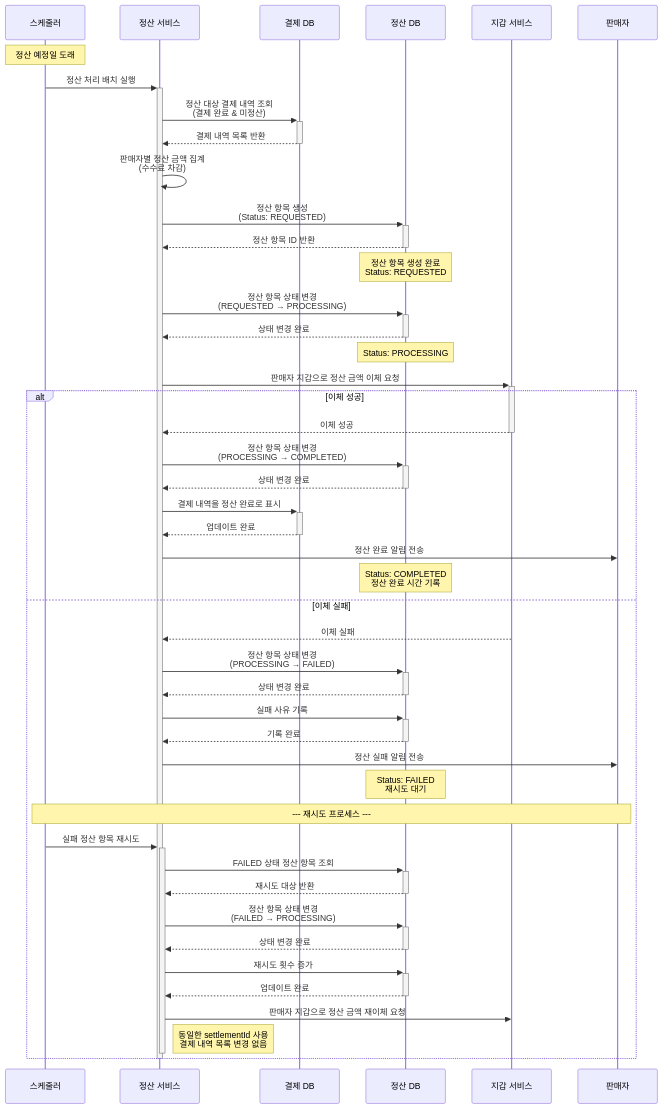
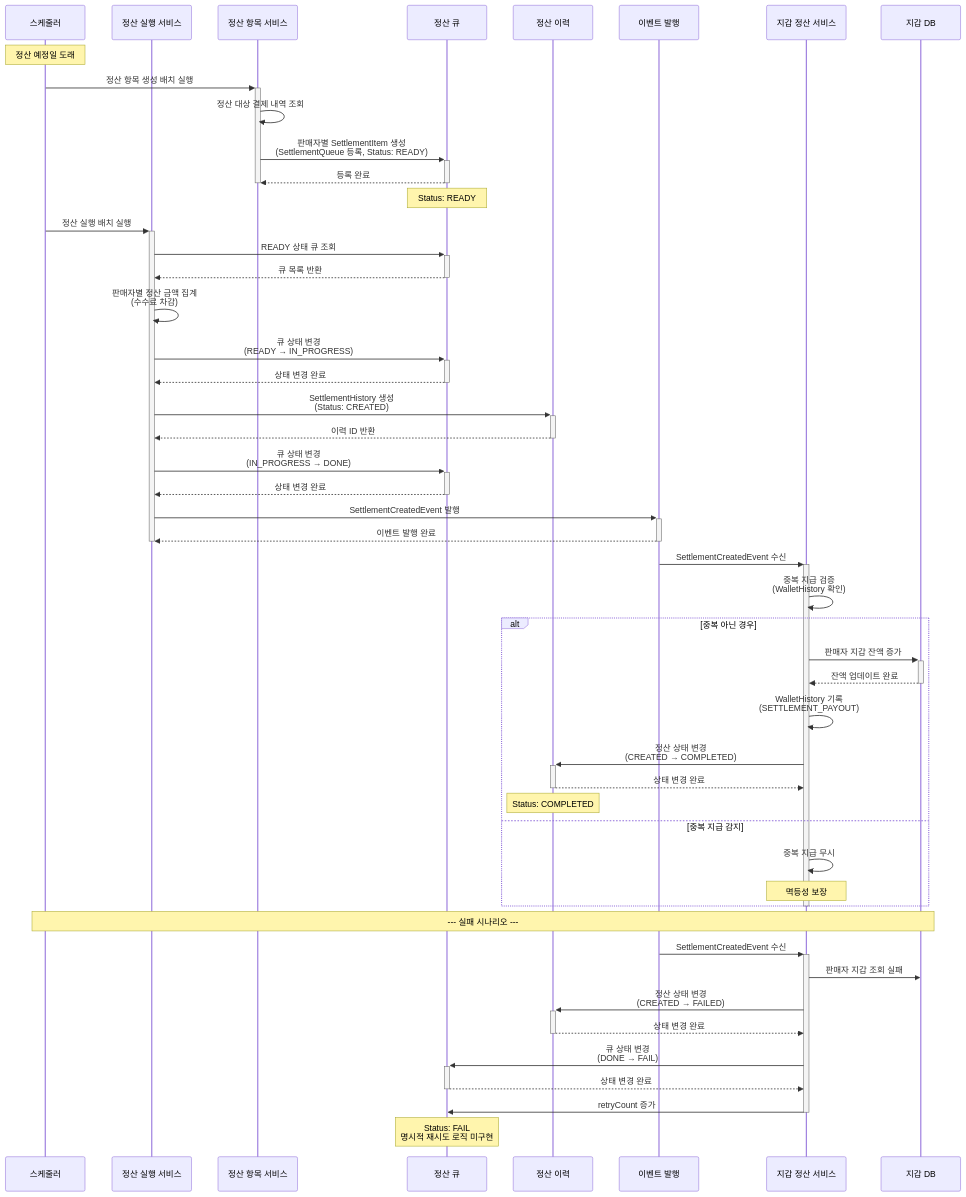
One commit to prgrms-be-adv-devcourse/beadv4_4_Team201_BE changed the diagram in docs/sequences/4.10-settlement.md. Above: the diagram before and after it, drawn with Mermaid. The commit also changed other lines of this file and 48 other files, not shown here.

````diff
--- a/docs/sequences/4.10-settlement.md
+++ b/docs/sequences/4.10-settlement.md
@@ -5,78 +5,84 @@
 ```mermaid
 sequenceDiagram
     participant Scheduler as 스케줄러
-    participant SettlementService as 정산 서비스
-    participant PaymentDB as 결제 DB
-    participant SettlementDB as 정산 DB
-    participant WalletService as 지갑 서비스
-    participant Seller as 판매자
+    participant ExecutionService as 정산 실행 서비스
+    participant ItemService as 정산 항목 서비스
+    participant SettlementQueue as 정산 큐
+    participant SettlementHistory as 정산 이력
+    participant EventPublisher as 이벤트 발행
+    participant WalletSettlementService as 지갑 정산 서비스
+    participant WalletDB as 지갑 DB
 
     Note over Scheduler: 정산 예정일 도래
 
-    %% 정산 대상 생성 (REQUESTED)
-    Scheduler->>+SettlementService: 정산 처리 배치 실행
-    SettlementService->>+PaymentDB: 정산 대상 결제 내역 조회<br/>(결제 완료 & 미정산)
-    PaymentDB-->>-SettlementService: 결제 내역 목록 반환
+    %% SettlementItem 생성
+    Scheduler->>+ItemService: 정산 항목 생성 배치 실행
+    ItemService->>ItemService: 정산 대상 결제 내역 조회
+    ItemService->>+SettlementQueue: 판매자별 SettlementItem 생성<br/>(SettlementQueue 등록, Status: READY)
+    SettlementQueue-->>-ItemService: 등록 완료
+    deactivate ItemService
 
-    SettlementService->>SettlementService: 판매자별 정산 금액 집계<br/>(수수료 차감)
+    Note over SettlementQueue: Status: READY
 
-    SettlementService->>+SettlementDB: 정산 항목 생성<br/>(Status: REQUESTED)
-    SettlementDB-->>-SettlementService: 정산 항목 ID 반환
+    %% 정산 실행 (큐 → 이력 생성)
+    Scheduler->>+ExecutionService: 정산 실행 배치 실행
+    ExecutionService->>+SettlementQueue: READY 상태 큐 조회
+    SettlementQueue-->>-ExecutionService: 큐 목록 반환
 
-    Note over SettlementDB: 정산 항목 생성 완료<br/>Status: REQUESTED
+    ExecutionService->>ExecutionService: 판매자별 정산 금액 집계<br/>(수수료 차감)
 
-    %% 정산 지급 처리 시작 (PROCESSING)
-    SettlementService->>+SettlementDB: 정산 항목 상태 변경<br/>(REQUESTED → PROCESSING)
-    SettlementDB-->>-SettlementService: 상태 변경 완료
+    ExecutionService->>+SettlementQueue: 큐 상태 변경<br/>(READY → IN_PROGRESS)
+    SettlementQueue-->>-ExecutionService: 상태 변경 완료
 
-    Note over SettlementDB: Status: PROCESSING
+    ExecutionService->>+SettlementHistory: SettlementHistory 생성<br/>(Status: CREATED)
+    SettlementHistory-->>-ExecutionService: 이력 ID 반환
 
-    SettlementService->>+WalletService: 판매자 지갑으로 정산 금액 이체 요청
+    ExecutionService->>+SettlementQueue: 큐 상태 변경<br/>(IN_PROGRESS → DONE)
+    SettlementQueue-->>-ExecutionService: 상태 변경 완료
 
-    alt 이체 성공
-        WalletService-->>SettlementService: 이체 성공
-        deactivate WalletService
+    ExecutionService->>+EventPublisher: SettlementCreatedEvent 발행
+    EventPublisher-->>-ExecutionService: 이벤트 발행 완료
 
-        SettlementService->>+SettlementDB: 정산 항목 상태 변경<br/>(PROCESSING → COMPLETED)
-        SettlementDB-->>-SettlementService: 상태 변경 완료
+    deactivate ExecutionService
 
-        SettlementService->>+PaymentDB: 결제 내역을 정산 완료로 표시
-        PaymentDB-->>-SettlementService: 업데이트 완료
+    %% 지갑 지급 처리
+    EventPublisher->>+WalletSettlementService: SettlementCreatedEvent 수신
 
-        SettlementService->>Seller: 정산 완료 알림 전송
+    WalletSettlementService->>WalletSettlementService: 중복 지급 검증<br/>(WalletHistory 확인)
 
-        Note over SettlementDB: Status: COMPLETED<br/>정산 완료 시간 기록
+    alt 중복 아닌 경우
+        WalletSettlementService->>+WalletDB: 판매자 지갑 잔액 증가
+        WalletDB-->>-WalletSettlementService: 잔액 업데이트 완료
 
-    else 이체 실패
-        WalletService-->>SettlementService: 이체 실패
+        WalletSettlementService->>WalletSettlementService: WalletHistory 기록<br/>(SETTLEMENT_PAYOUT)
 
-        SettlementService->>+SettlementDB: 정산 항목 상태 변경<br/>(PROCESSING → FAILED)
-        SettlementDB-->>-SettlementService: 상태 변경 완료
+        WalletSettlementService->>+SettlementHistory: 정산 상태 변경<br/>(CREATED → COMPLETED)
+        SettlementHistory-->>-WalletSettlementService: 상태 변경 완료
 
-        SettlementService->>+SettlementDB: 실패 사유 기록
-        SettlementDB-->>-SettlementService: 기록 완료
+        Note over SettlementHistory: Status: COMPLETED
 
-        SettlementService->>Seller: 정산 실패 알림 전송
-
-        Note over SettlementDB: Status: FAILED<br/>재시도 대기
-
-        %% 재시도 프로세스
-        Note over Scheduler,Seller: --- 재시도 프로세스 ---
-
-        Scheduler->>+SettlementService: 실패 정산 항목 재시도
-        SettlementService->>+SettlementDB: FAILED 상태 정산 항목 조회
-        SettlementDB-->>-SettlementService: 재시도 대상 반환
-
-        SettlementService->>+SettlementDB: 정산 항목 상태 변경<br/>(FAILED → PROCESSING)
-        SettlementDB-->>-SettlementService: 상태 변경 완료
-
-        SettlementService->>+SettlementDB: 재시도 횟수 증가
-        SettlementDB-->>-SettlementService: 업데이트 완료
-
-        SettlementService->>WalletService: 판매자 지갑으로 정산 금액 재이체 요청
-        Note right of SettlementService: 동일한 settlementId 사용<br/>결제 내역 목록 변경 없음
-        deactivate SettlementService
+    else 중복 지급 감지
+        WalletSettlementService->>WalletSettlementService: 중복 지급 무시
+        Note over WalletSettlementService: 멱등성 보장
     end
 
-    deactivate SettlementService
+    deactivate WalletSettlementService
+
+    %% 실패 시나리오
+    Note over Scheduler,WalletDB: --- 실패 시나리오 ---
+
+    EventPublisher->>+WalletSettlementService: SettlementCreatedEvent 수신
+    WalletSettlementService->>WalletDB: 판매자 지갑 조회 실패
+
+    WalletSettlementService->>+SettlementHistory: 정산 상태 변경<br/>(CREATED → FAILED)
+    SettlementHistory-->>-WalletSettlementService: 상태 변경 완료
+
+    WalletSettlementService->>+SettlementQueue: 큐 상태 변경<br/>(DONE → FAIL)
+    SettlementQueue-->>-WalletSettlementService: 상태 변경 완료
+
+    WalletSettlementService->>SettlementQueue: retryCount 증가
+
+    deactivate WalletSettlementService
+
+    Note over SettlementQueue: Status: FAIL<br/>명시적 재시도 로직 미구현
 ```
````
